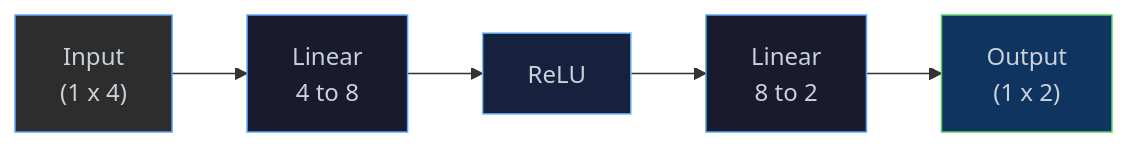
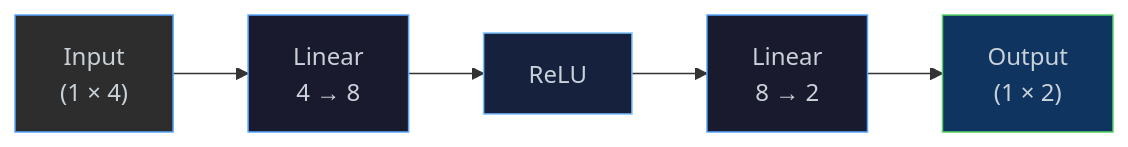
The fourth of 5 diagrams in docs/torch.md (lewismj/eta), drawn with Mermaid before and after one commit. The commit also changed other lines of this file, not shown here.

````diff
--- a/docs/torch.md
+++ b/docs/torch.md
@@ -212,13 +212,13 @@
 ```mermaid
 flowchart LR
-    IN["Input\n(1 x 4)"] --> L1["Linear\n4 to 8"]
+    IN["Input\n(1 × 4)"] --> L1["Linear\n4 → 8"]
     L1 --> R["ReLU"]
-    R --> L2["Linear\n8 to 2"]
-    L2 --> OUT["Output\n(1 x 2)"]
+    R --> L2["Linear\n8 → 2"]
+    L2 --> OUT["Output\n(1 × 2)"]
 
     style IN  fill:#2d2d2d,stroke:#58a6ff,color:#c9d1d9
     style L1  fill:#1a1a2e,stroke:#58a6ff,color:#c9d1d9
     style R   fill:#16213e,stroke:#79c0ff,color:#c9d1d9
     style L2  fill:#1a1a2e,stroke:#58a6ff,color:#c9d1d9
     style OUT fill:#0f3460,stroke:#56d364,color:#c9d1d9
 ```
````
